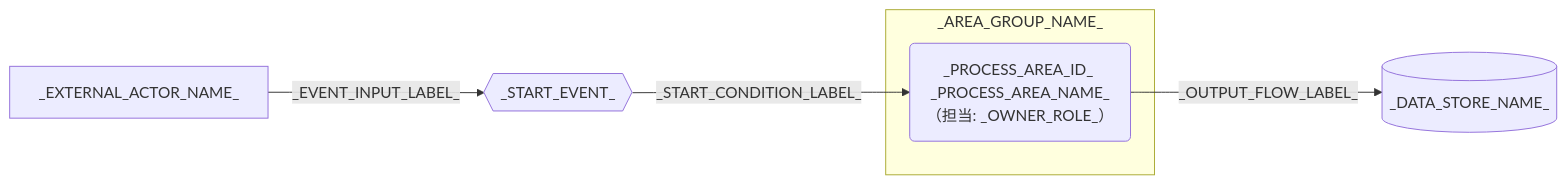
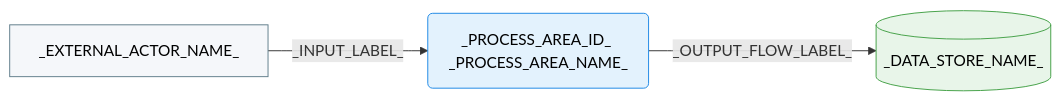
The first of 3 diagrams in docs/ja/specdojo/templates/cdfd-overview-template.md (specdojo/specdojo), drawn with Mermaid before and after one commit. The commit also changed other lines of this file, not shown here.

````diff
--- a/docs/ja/specdojo/templates/cdfd-overview-template.md
+++ b/docs/ja/specdojo/templates/cdfd-overview-template.md
@@ -38,15 +48,19 @@
 ```mermaid
 flowchart LR
+  classDef process fill:#e3f2fd,stroke:#1e88e5,color:#000
+  classDef store fill:#e8f5e9,stroke:#43a047,color:#000
+  classDef actor fill:#f5f7fa,stroke:#607d8b,color:#000
+
   _EXTERNAL_ACTOR_NODE_ID_["_EXTERNAL_ACTOR_NAME_"]
-  _START_EVENT_NODE_ID_{{"_START_EVENT_"}}
 
-  subgraph _AREA_GROUP_NODE_ID_["_AREA_GROUP_NAME_"]
-    _PROCESS_AREA_NODE_ID_("_PROCESS_AREA_ID_ _PROCESS_AREA_NAME_<br>（担当: _OWNER_ROLE_）")
-  end
+  _PROCESS_AREA_NODE_ID_("_PROCESS_AREA_ID_ _PROCESS_AREA_NAME_")
 
   _DATA_STORE_NODE_ID_[("_DATA_STORE_NAME_")]
 
-  _EXTERNAL_ACTOR_NODE_ID_ -->|"_EVENT_INPUT_LABEL_"| _START_EVENT_NODE_ID_
-  _START_EVENT_NODE_ID_ -->|"_START_CONDITION_LABEL_"| _PROCESS_AREA_NODE_ID_
+  _EXTERNAL_ACTOR_NODE_ID_ -->|"_INPUT_LABEL_"| _PROCESS_AREA_NODE_ID_
   _PROCESS_AREA_NODE_ID_ -->|"_OUTPUT_FLOW_LABEL_"| _DATA_STORE_NODE_ID_
+
+  class _PROCESS_AREA_NODE_ID_ process
+  class _DATA_STORE_NODE_ID_ store
+  class _EXTERNAL_ACTOR_NODE_ID_ actor
 ```
````
